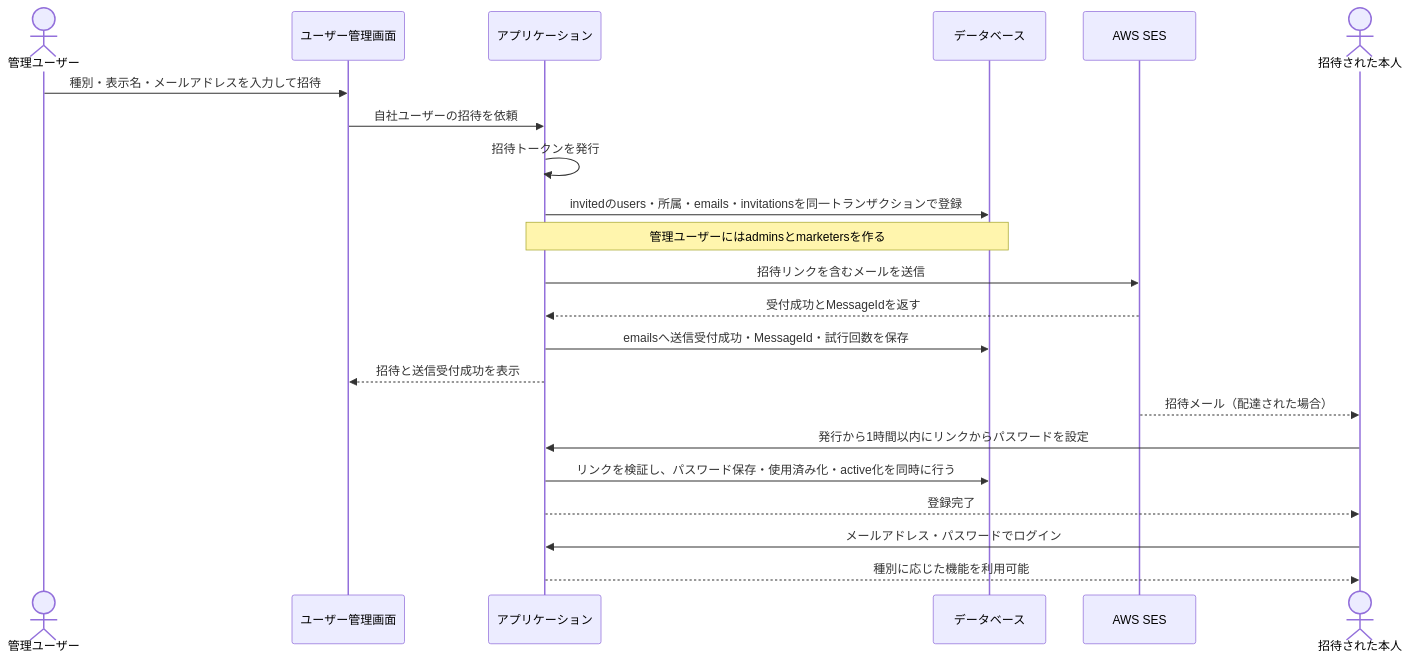
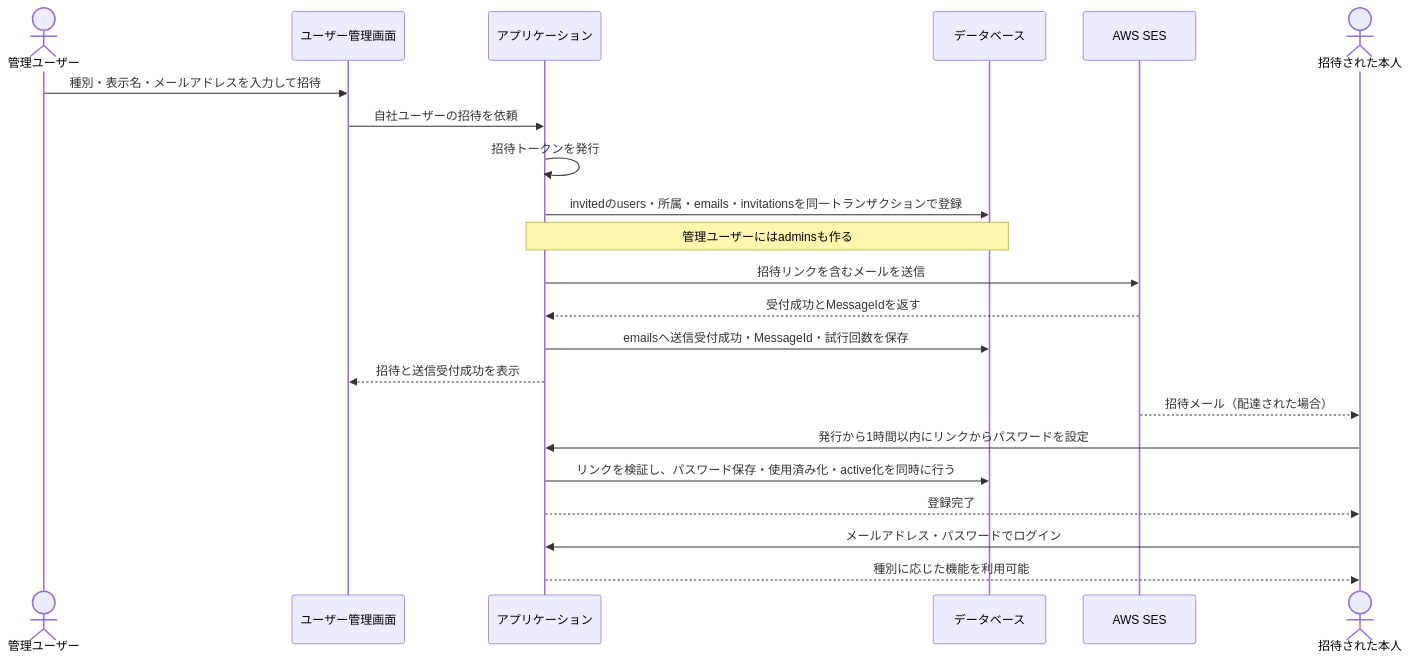
The sixth of 8 diagrams in docs/v.0.1/USECASE.md (nishimura-yuma77/hiromeru), drawn with Mermaid before and after one commit. The commit also changed other lines of this file and 8 other files, not shown here.

````diff
--- a/docs/v.0.1/USECASE.md
+++ b/docs/v.0.1/USECASE.md
@@ -453,25 +453,25 @@
 ```mermaid
 sequenceDiagram
     actor Admin as 管理ユーザー
     participant UI as ユーザー管理画面
     participant App as アプリケーション
     participant DB as データベース
     participant SES as AWS SES
     actor Invitee as 招待された本人
 
     Admin->>UI: 種別・表示名・メールアドレスを入力して招待
     UI->>App: 自社ユーザーの招待を依頼
     App->>App: 招待トークンを発行
     App->>DB: invitedのusers・所属・emails・invitationsを同一トランザクションで登録
-    Note over App,DB: 管理ユーザーにはadminsとmarketersを作る
+    Note over App,DB: 管理ユーザーにはadminsも作る
     App->>SES: 招待リンクを含むメールを送信
     SES-->>App: 受付成功とMessageIdを返す
     App->>DB: emailsへ送信受付成功・MessageId・試行回数を保存
     App-->>UI: 招待と送信受付成功を表示
     SES-->>Invitee: 招待メール（配達された場合）
     Invitee->>App: 発行から1時間以内にリンクからパスワードを設定
     App->>DB: リンクを検証し、パスワード保存・使用済み化・active化を同時に行う
     App-->>Invitee: 登録完了
     Invitee->>App: メールアドレス・パスワードでログイン
     App-->>Invitee: 種別に応じた機能を利用可能
 ```
````
